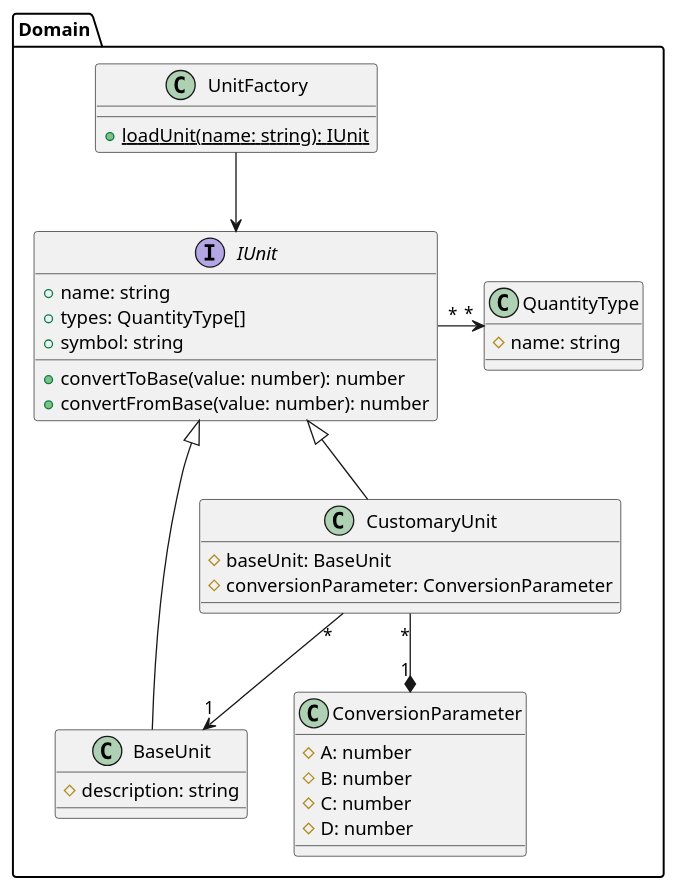
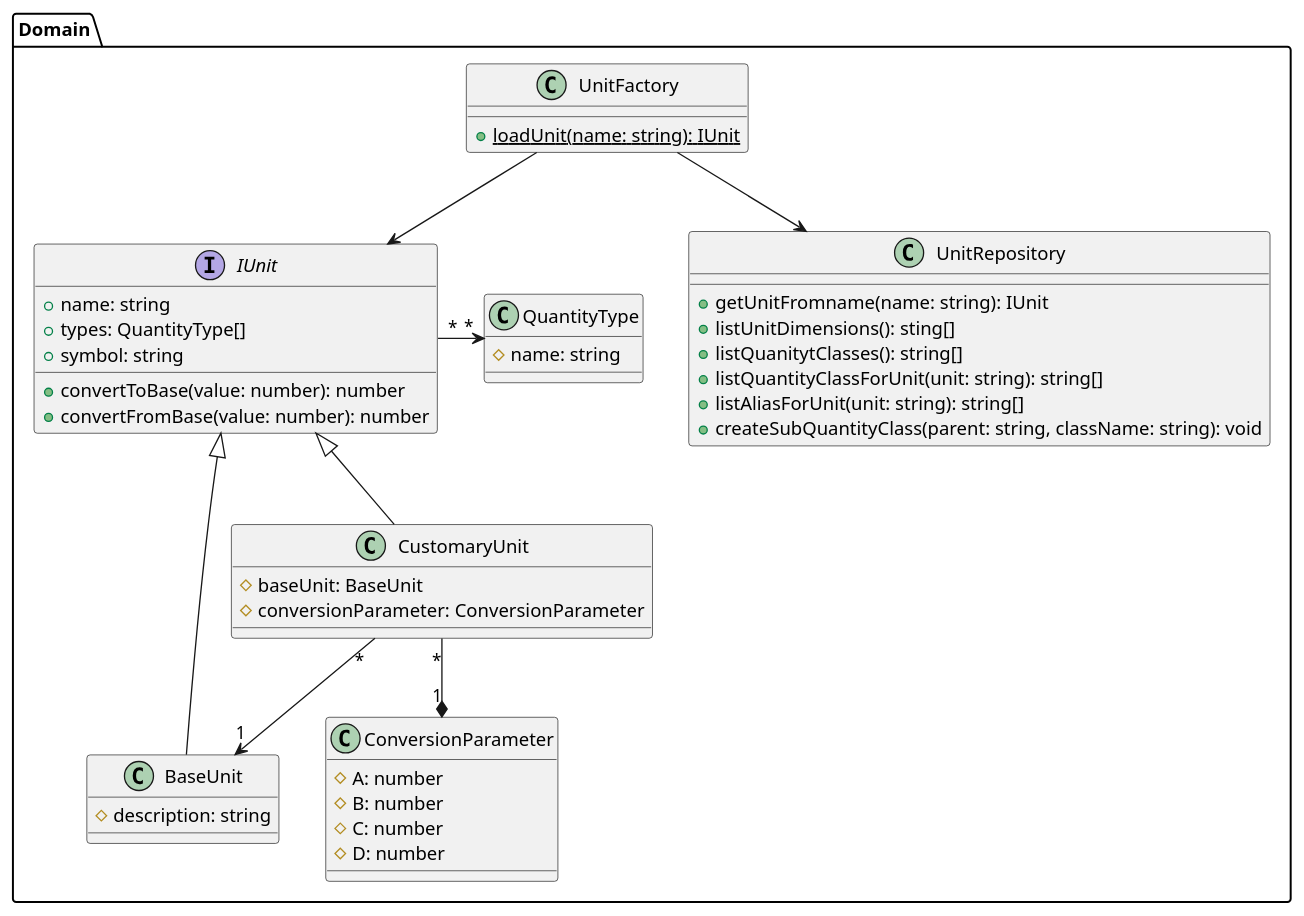
Before and after one commit to heig-vkaelin/ikt300-project: the diagram in docs/uml-class-domain.plantuml, drawn with PlantUML. The commit also changed 3 other files, not shown here.

Commit message:
Add method for UnitRepository

```diff
--- a/docs/uml-class-domain.plantuml
+++ b/docs/uml-class-domain.plantuml
@@ -1,41 +1,50 @@
 @startuml uml-class-domain
 
 package "Domain" {
   interface IUnit {
     + name: string
     + types: QuantityType[]
     + symbol: string
     + convertToBase(value: number): number
     + convertFromBase(value: number): number
   }
   class UnitFactory {
     + {static} loadUnit(name: string): IUnit
   }
   class ConversionParameter {
       # A: number
       # B: number
       # C: number
       # D: number
   }
 
   class BaseUnit {
       # description: string
   }
 
   class CustomaryUnit {
       # baseUnit: BaseUnit
       # conversionParameter: ConversionParameter
   }
   class QuantityType {
       # name: string
   }
+  class UnitRepository {
+    + getUnitFromname(name: string): IUnit
+    + listUnitDimensions(): sting[]
+    + listQuanitytClasses(): string[]
+    + listQuantityClassForUnit(unit: string): string[]
+    + listAliasForUnit(unit: string): string[]
+    + createSubQuantityClass(parent: string, className: string): void
+  }
 }
 
 BaseUnit -UP-|> IUnit
 CustomaryUnit -UP-|> IUnit
 CustomaryUnit "*" --> "1" BaseUnit
 CustomaryUnit "*" --* "1" ConversionParameter
 IUnit "*" -RIGHT-> "*" QuantityType
 UnitFactory --> IUnit
+UnitFactory --> UnitRepository
 
 @enduml
```
